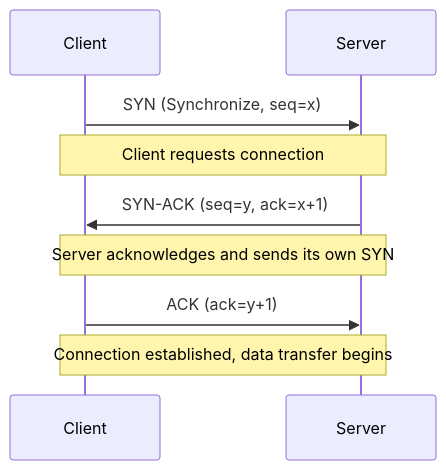
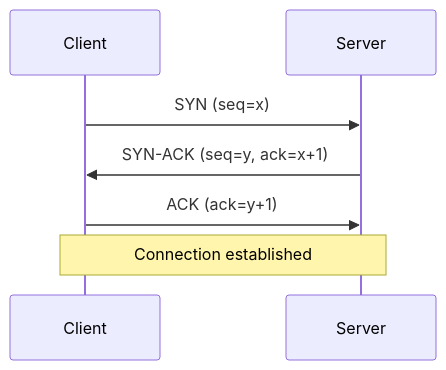
One commit to autoscrape-labs/pydoll changed the second of 3 diagrams in docs/en/deep-dive/network/network-fundamentals.md. Above: the diagram before and after it, drawn with Mermaid. The commit also changed other lines of this file and 120 other files, not shown here.

````diff
--- a/docs/en/deep-dive/network/network-fundamentals.md
+++ b/docs/en/deep-dive/network/network-fundamentals.md
@@ -99,14 +71,10 @@
 ```mermaid
 sequenceDiagram
     participant Client
     participant Server
 
-    Client->>Server: SYN (Synchronize, seq=x)
-    Note over Client,Server: Client requests connection
-
+    Client->>Server: SYN (seq=x)
     Server->>Client: SYN-ACK (seq=y, ack=x+1)
-    Note over Client,Server: Server acknowledges and sends its own SYN
-
     Client->>Server: ACK (ack=y+1)
-    Note over Client,Server: Connection established, data transfer begins
+    Note over Client,Server: Connection established
 ```
````
